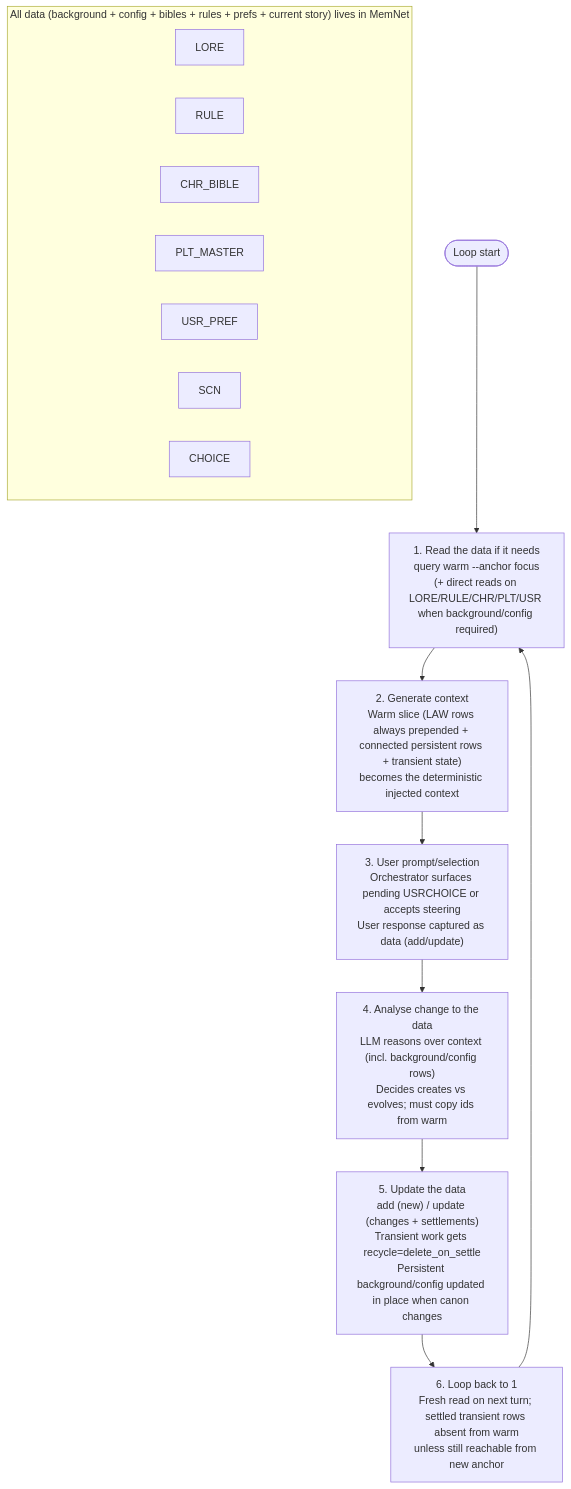
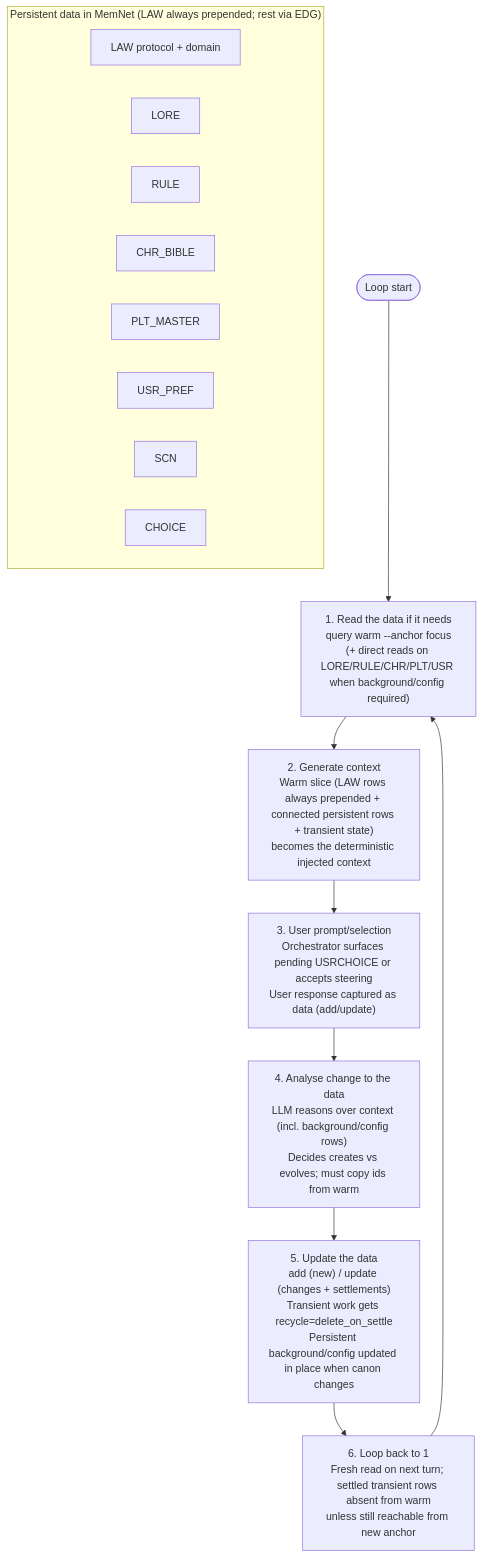
One commit to chouswei/MemNet changed the diagram in application-notes/llm-novel-writer.md. Above: the diagram before and after it, drawn with Mermaid. The commit also changed other lines of this file, not shown here.

First line of the commit message:
docs(novel-writer): clarify LAW vs RULE and pipeline contract

````diff
--- a/application-notes/llm-novel-writer.md
+++ b/application-notes/llm-novel-writer.md
@@ -373,20 +463,21 @@
 ```mermaid
 flowchart TD
   Start([Loop start]) --> Step1["1. Read the data if it needs<br/>query warm --anchor focus<br/>(+ direct reads on LORE/RULE/CHR/PLT/USR when background/config required)"]
   Step1 --> Step2["2. Generate context<br/>Warm slice (LAW rows always prepended + connected persistent rows + transient state)<br/>becomes the deterministic injected context"]
   Step2 --> Step3["3. User prompt/selection<br/>Orchestrator surfaces pending USRCHOICE or accepts steering<br/>User response captured as data (add/update)"]
   Step3 --> Step4["4. Analyse change to the data<br/>LLM reasons over context (incl. background/config rows)<br/>Decides creates vs evolves; must copy ids from warm"]
   Step4 --> Step5["5. Update the data<br/>add (new) / update (changes + settlements)<br/>Transient work gets recycle=delete_on_settle<br/>Persistent background/config updated in place when canon changes"]
   Step5 --> Step6["6. Loop back to 1<br/>Fresh read on next turn; settled transient rows absent from warm<br/>unless still reachable from new anchor"]
   Step6 --> Step1
 
-  subgraph Persistent["All data (background + config + bibles + rules + prefs + current story) lives in MemNet"]
+  subgraph Persistent["Persistent data in MemNet (LAW always prepended; rest via EDG)"]
+    LAW_TAG[LAW protocol + domain]
     LORE
     RULE
     CHR_BIBLE
     PLT_MASTER
     USR_PREF
     SCN
     CHOICE
   end
 ```
````
